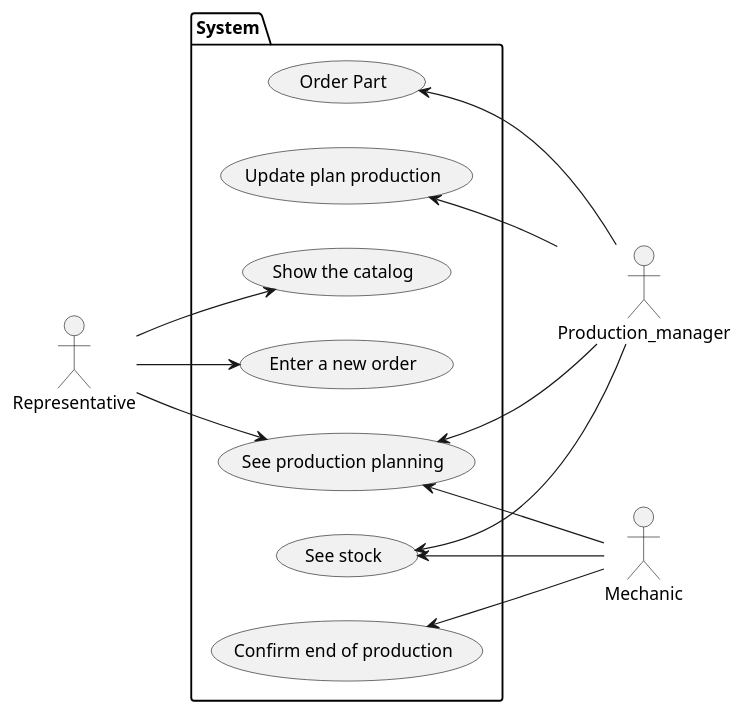
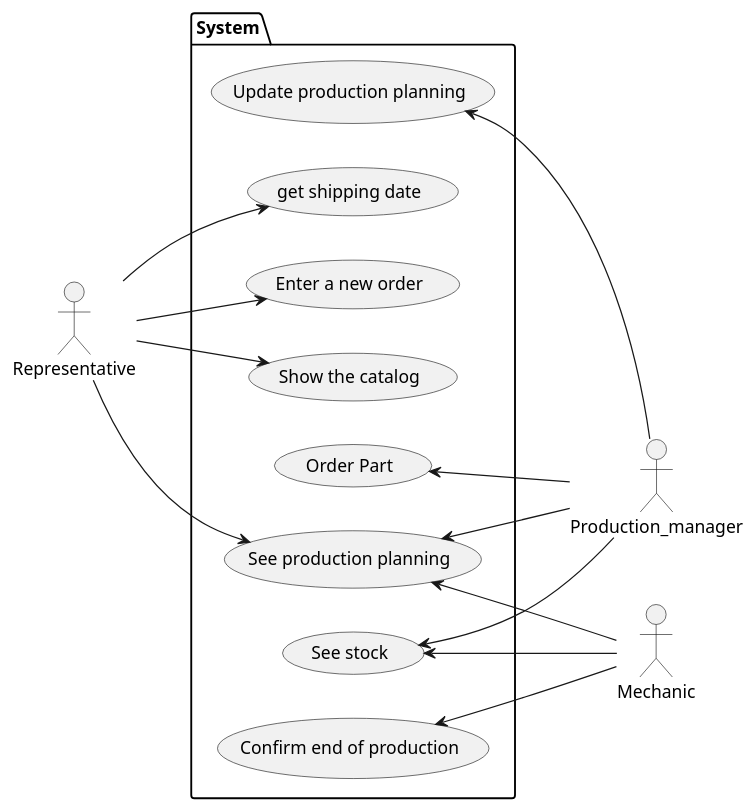
Before and after one commit to fred-corp/Bovelo_PG3L_ECAM: the diagram in diagrams/Current/PlantUML/activity/UserCaseDiag.plantuml, drawn with PlantUML.

```diff
--- a/diagrams/Current/PlantUML/activity/UserCaseDiag.plantuml
+++ b/diagrams/Current/PlantUML/activity/UserCaseDiag.plantuml
@@ -1,32 +1,35 @@
 @startuml
 left to right direction
 
 :Representative:
 :Production_manager:
 :Mechanic:
 
 Package System{
 	
 		(See production planning) as (uc6)
+                (get shipping date) as (uc2)
 		(Enter a new order) as (uc5)
                 (Show the catalog) as (uc1)
 		(See stock) as (uc3)
 		(Confirm end of production) as (uc4)
-		(Update plan production) as (uc8)
+		(Update production planning) as (uc8)
 		(Order Part) as (uc9)
+                
 	
 }
 
 uc3 <-- Production_manager
 uc8 <-- Production_manager
 uc9 <-- Production_manager
 uc6 <-- Production_manager
 
 uc3 <-- Mechanic 
 uc4 <-- Mechanic 
 uc6 <-- Mechanic 
 
 Representative --> uc1
 Representative --> uc5
 Representative --> uc6
+Representative --> uc2
 @enduml
```
